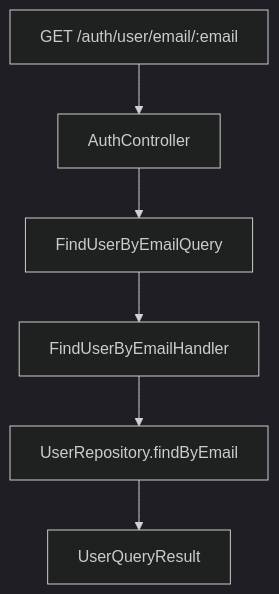
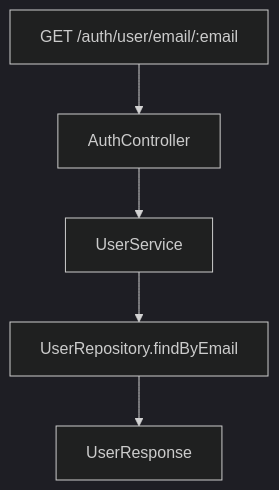
The third of 4 diagrams in README.md (CodeaBien/codeabien-ddd-demo), drawn with Mermaid (dark theme) before and after one commit. The commit also changed other lines of this file, not shown here.

````diff
--- a/README.md
+++ b/README.md
@@ -195,8 +226,7 @@
 ```mermaid
 graph TD
     A[GET /auth/user/email/:email] --> B[AuthController]
-    B --> C[FindUserByEmailQuery]
-    C --> D[FindUserByEmailHandler]
-    D --> E[UserRepository.findByEmail]
-    E --> F[UserQueryResult]
+    B --> C[UserService]
+    C --> D[UserRepository.findByEmail]
+    D --> E[UserResponse]
 ```
````
